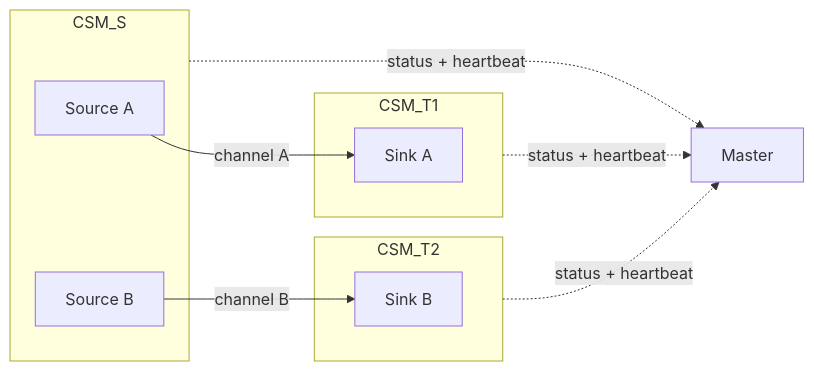
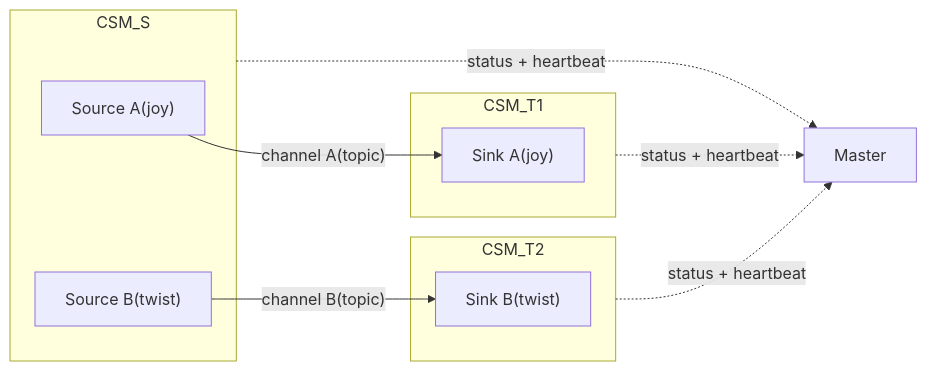
One commit to cocobird231/rv2_project changed diagram 12 of 42 in r1_design_draft.md. Above: the diagram before and after it, drawn with Mermaid. The commit also changed other lines of this file, not shown here.

````diff
--- a/r1_design_draft.md
+++ b/r1_design_draft.md
@@ -1533,19 +1536,19 @@
 ```mermaid
 flowchart LR
     subgraph S["CSM_S"]
-        SA["Source A"]
-        SB["Source B"]
+        SA["Source A(joy)"]
+        SB["Source B(twist)"]
     end
     subgraph T1["CSM_T1"]
-        KA["Sink A"]
+        KA["Sink A(joy)"]
     end
     subgraph T2["CSM_T2"]
-        KB["Sink B"]
+        KB["Sink B(twist)"]
     end
     M["Master"]
-    SA -->|"channel A"| KA
-    SB -->|"channel B"| KB
+    SA -->|"channel A(topic)"| KA
+    SB -->|"channel B(topic)"| KB
     S -.->|"status + heartbeat"| M
     T1 -.->|"status + heartbeat"| M
     T2 -.->|"status + heartbeat"| M
 ```
````
